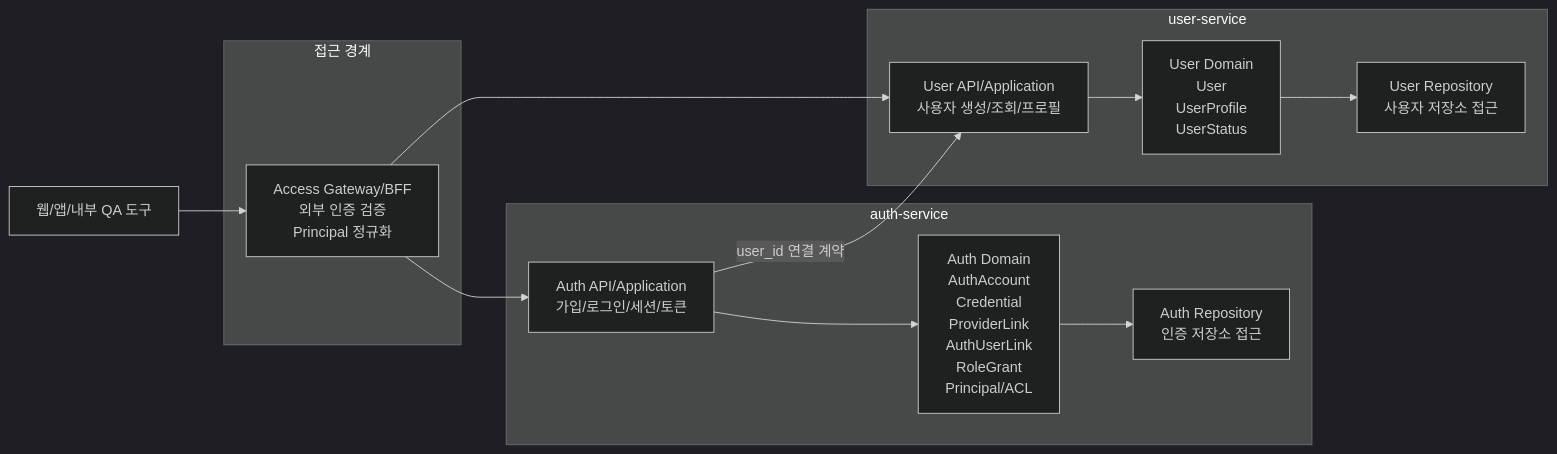
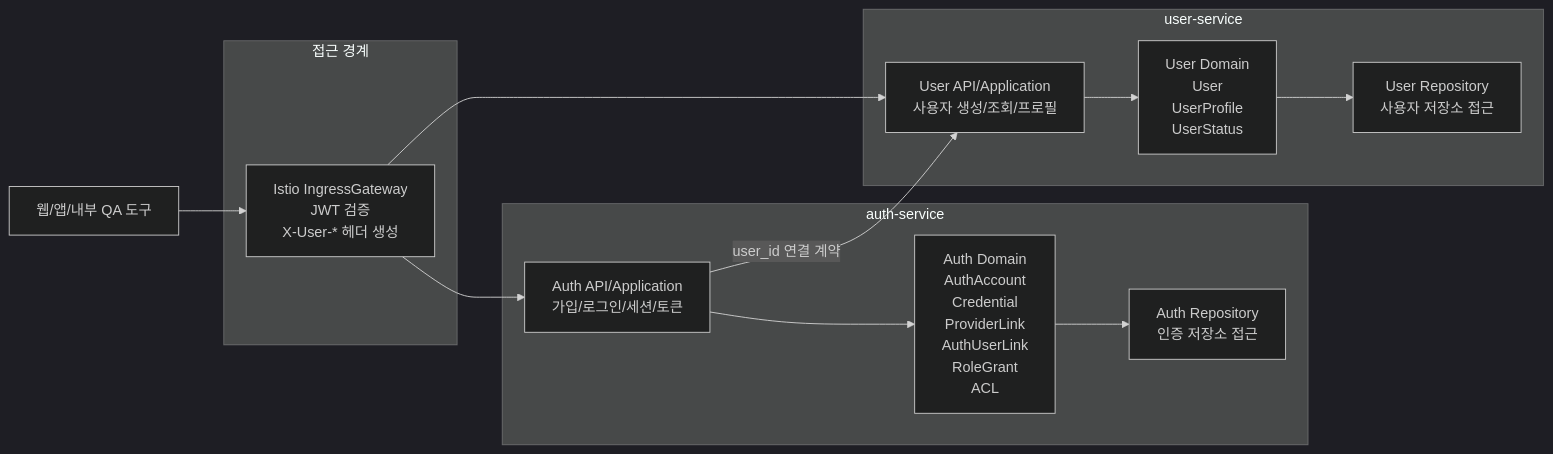
Before and after one commit to Medikong/archive: the second of 2 diagrams in features/auth-user/02-context-boundary.md, drawn with Mermaid (dark theme). The commit also changed other lines of this file and 5 other files, not shown here.

Commit message:
docs(auth-user): revise auth user service design

````diff
--- a/features/auth-user/02-context-boundary.md
+++ b/features/auth-user/02-context-boundary.md
@@ -187,32 +202,32 @@
 ```mermaid
 flowchart LR
     Client["웹/앱/내부 QA 도구"]
 
     subgraph EdgeBoundary["접근 경계"]
-        AccessGateway["Access Gateway/BFF<br/>외부 인증 검증<br/>Principal 정규화"]
+        AccessGateway["Istio IngressGateway<br/>JWT 검증<br/>X-User-* 헤더 생성"]
     end
 
     subgraph AuthBoundary["auth-service"]
         AuthApplication["Auth API/Application<br/>가입/로그인/세션/토큰"]
-        AuthDomain["Auth Domain<br/>AuthAccount<br/>Credential<br/>ProviderLink<br/>AuthUserLink<br/>RoleGrant<br/>Principal/ACL"]
+        AuthDomain["Auth Domain<br/>AuthAccount<br/>Credential<br/>ProviderLink<br/>AuthUserLink<br/>RoleGrant<br/>ACL"]
         AuthRepository["Auth Repository<br/>인증 저장소 접근"]
     end
 
     subgraph UserBoundary["user-service"]
         UserApplication["User API/Application<br/>사용자 생성/조회/프로필"]
         UserDomain["User Domain<br/>User<br/>UserProfile<br/>UserStatus"]
         UserRepository["User Repository<br/>사용자 저장소 접근"]
     end
 
     Client --> AccessGateway
     AccessGateway --> AuthApplication
     AccessGateway --> UserApplication
 
     AuthApplication --> AuthDomain
     AuthDomain --> AuthRepository
 
     UserApplication --> UserDomain
     UserDomain --> UserRepository
 
     AuthApplication -->|"user_id 연결 계약"| UserApplication
 ```
````
